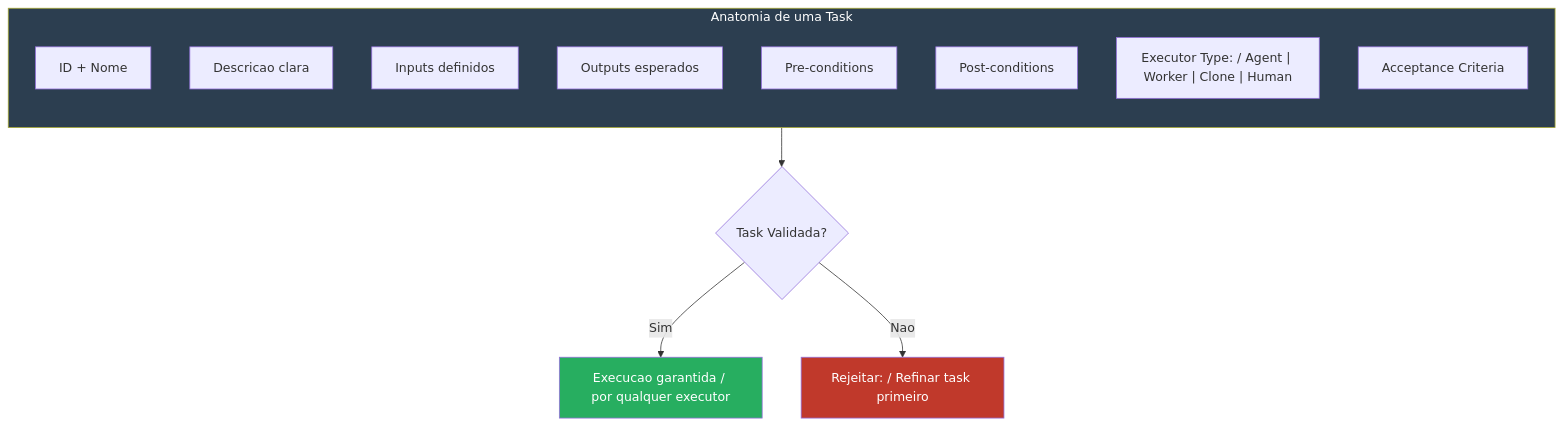
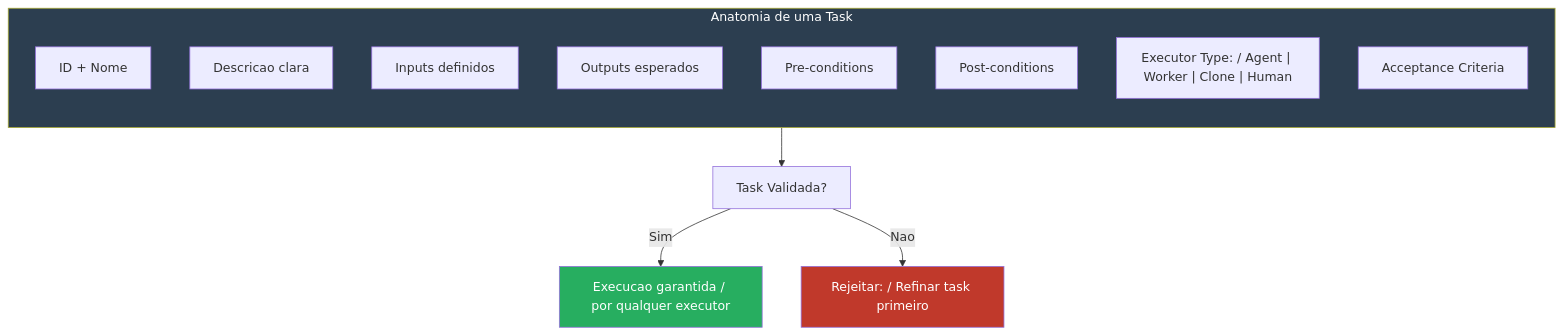
The third of 12 diagrams in content/en/docs/architecture/AIOS-VISUAL-OVERVIEW.mdx (bychrisr/aios-docs), drawn with Mermaid before and after one commit. The commit also changed other lines of this file and 40 other files, not shown here.

````diff
--- a/content/en/docs/architecture/AIOS-VISUAL-OVERVIEW.mdx
+++ b/content/en/docs/architecture/AIOS-VISUAL-OVERVIEW.mdx
@@ -152,22 +152,22 @@
 ```mermaid
 flowchart TB
     subgraph TASK_ANATOMY["Anatomia de uma Task"]
         direction TB
         ID["ID + Nome"]
         DESC["Descricao clara"]
         INPUTS["Inputs definidos"]
         OUTPUTS["Outputs esperados"]
         PRE["Pre-conditions"]
         POST["Post-conditions"]
         EXEC["Executor Type: / Agent | Worker | Clone | Human"]
         AC["Acceptance Criteria"]
     end
 
-    TASK_ANATOMY --> VALIDATE{"Task Validada?"}
+    TASK_ANATOMY --> VALIDATE["Task Validada?"]
     VALIDATE -->|"Sim"| EXECUTE["Execucao garantida / por qualquer executor"]
     VALIDATE -->|"Nao"| REJECT["Rejeitar: / Refinar task primeiro"]
 
     style TASK_ANATOMY fill:#2c3e50,color:#fff
     style EXECUTE fill:#27ae60,color:#fff
     style REJECT fill:#c0392b,color:#fff
 ```
````
